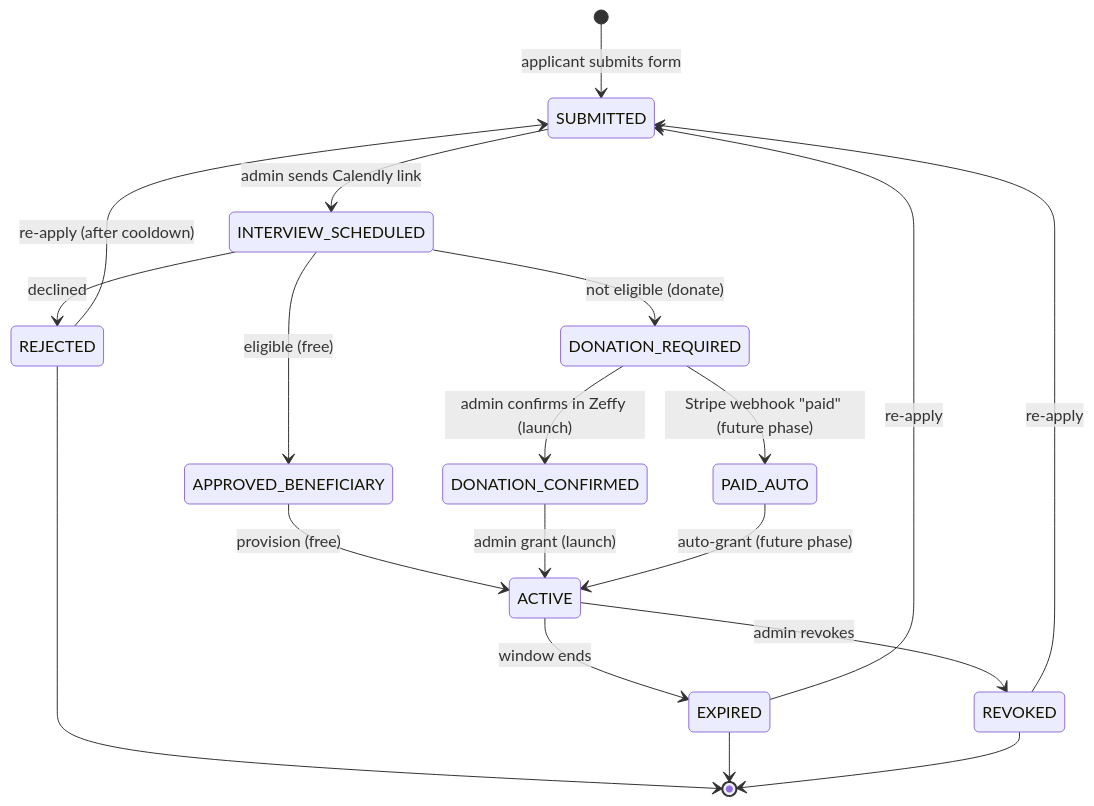
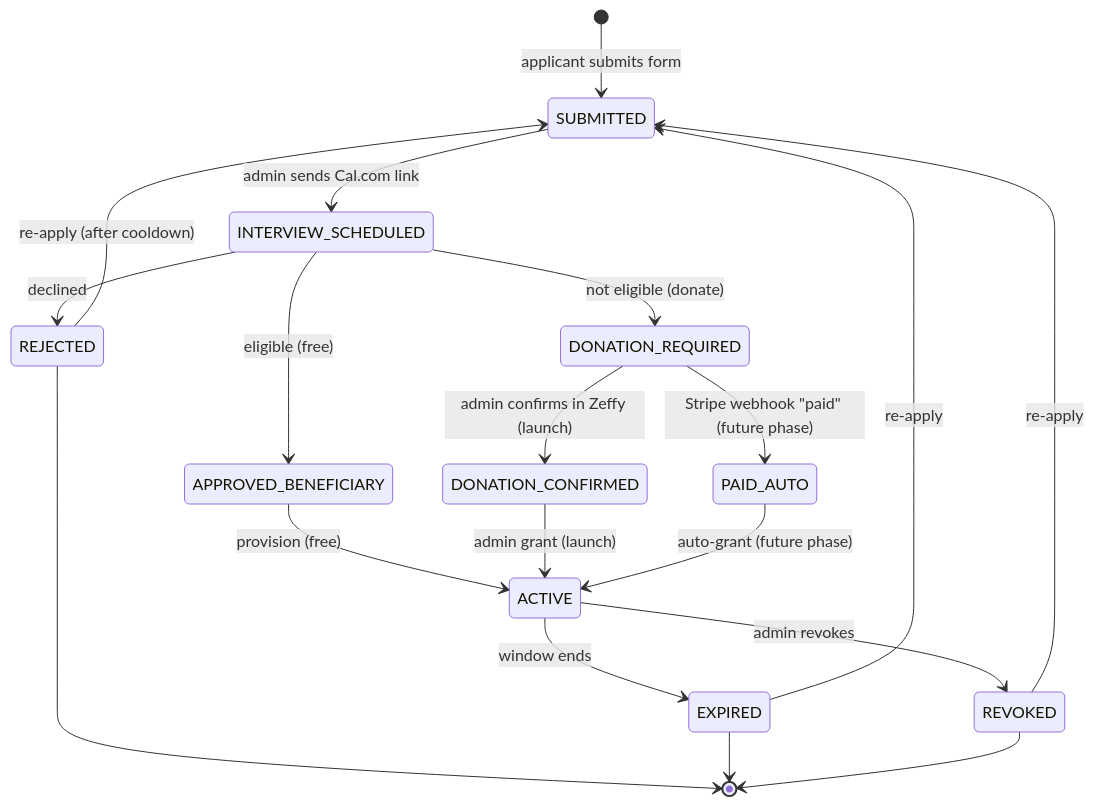
The second of 3 diagrams in docs/Customer-Journey.md (tccao/stem-career-path-ai-era), drawn with Mermaid before and after one commit. The commit also changed other lines of this file and 8 other files, not shown here.

Commit message:
docs: implement gated curriculum delivery via private S3 and CloudFront signed cookies, update architecture runbooks, and refine service trade-off documentation.

````diff
--- a/docs/Customer-Journey.md
+++ b/docs/Customer-Journey.md
@@ -149,24 +149,24 @@
 ```mermaid
 stateDiagram-v2
     [*] --> SUBMITTED: applicant submits form
-    SUBMITTED --> INTERVIEW_SCHEDULED: admin sends Calendly link
+    SUBMITTED --> INTERVIEW_SCHEDULED: admin sends Cal.com link
     INTERVIEW_SCHEDULED --> APPROVED_BENEFICIARY: eligible (free)
     INTERVIEW_SCHEDULED --> DONATION_REQUIRED: not eligible (donate)
     INTERVIEW_SCHEDULED --> REJECTED: declined
 
     DONATION_REQUIRED --> DONATION_CONFIRMED: admin confirms in Zeffy (launch)
     DONATION_REQUIRED --> PAID_AUTO: Stripe webhook "paid" (future phase)
 
     APPROVED_BENEFICIARY --> ACTIVE: provision (free)
     DONATION_CONFIRMED --> ACTIVE: admin grant (launch)
     PAID_AUTO --> ACTIVE: auto-grant (future phase)
 
     ACTIVE --> EXPIRED: window ends
     ACTIVE --> REVOKED: admin revokes
     EXPIRED --> SUBMITTED: re-apply
     REVOKED --> SUBMITTED: re-apply
     REJECTED --> SUBMITTED: re-apply (after cooldown)
     REJECTED --> [*]
     EXPIRED --> [*]
     REVOKED --> [*]
 ```
````
